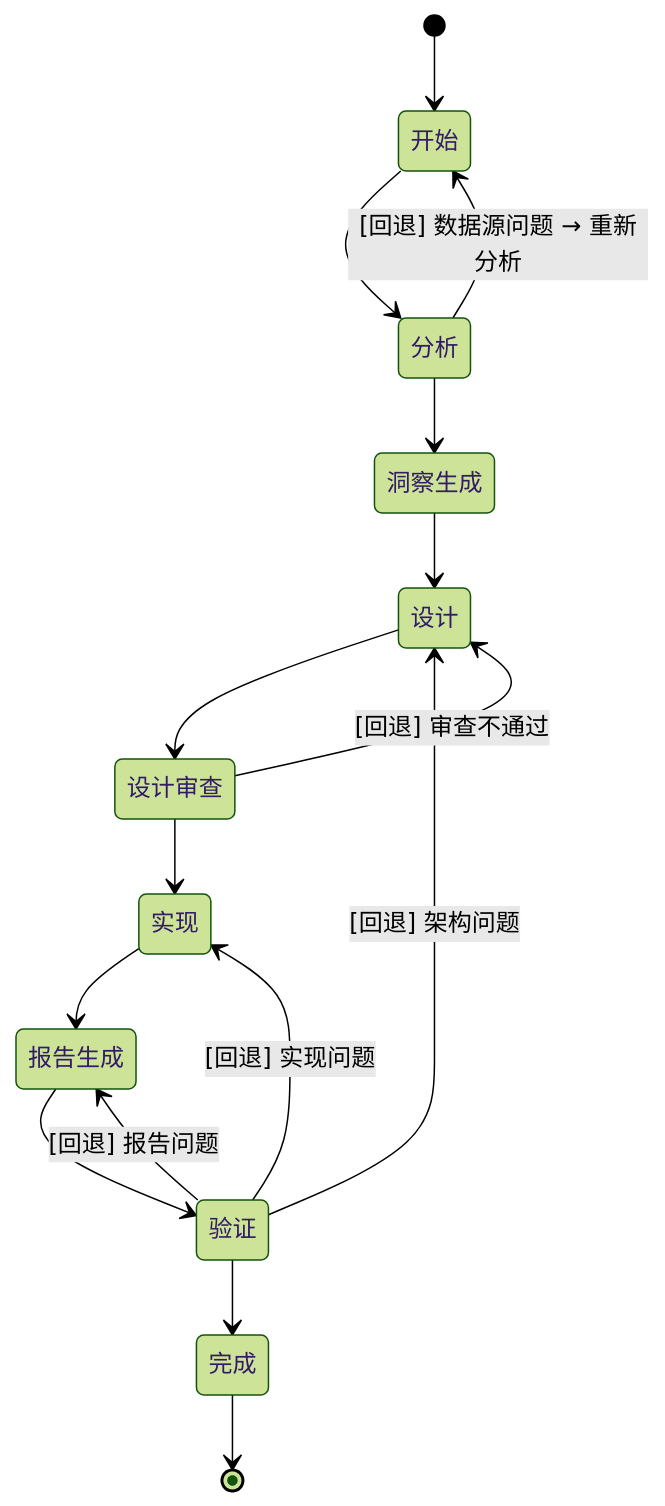
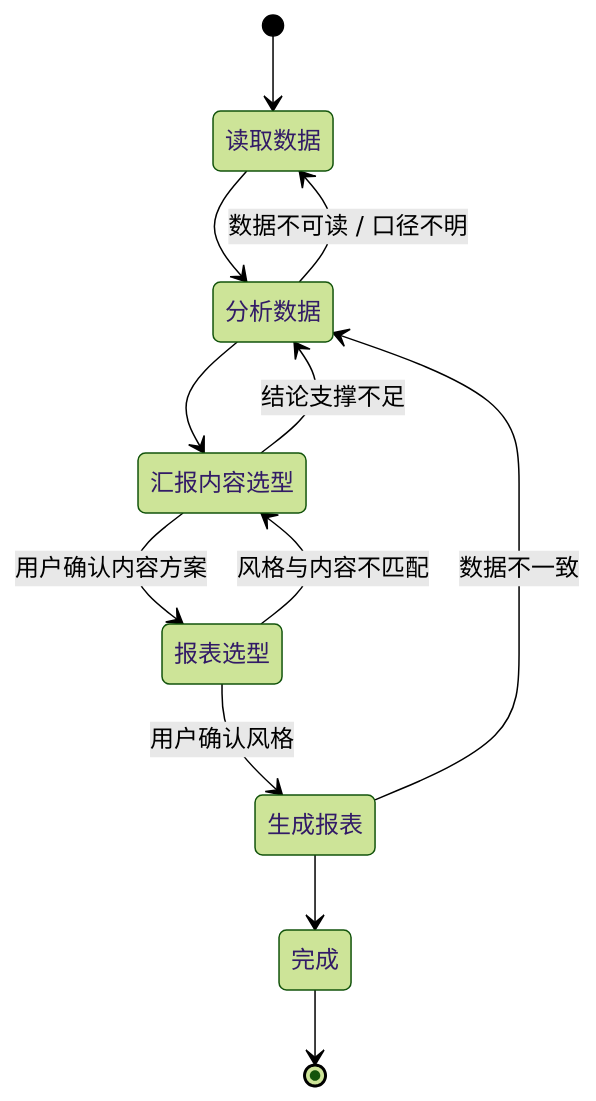
Before and after one commit to songzhou666/conspect: the diagram in SKILL.md, drawn with Mermaid (forest theme). The commit also changed other lines of this file and 123 other files, not shown here.

````diff
--- a/SKILL.md
+++ b/SKILL.md
@@ -386,19 +83,15 @@
 ```mermaid
 stateDiagram-v2
-    [*] --> 开始
-    开始 --> 分析
-    分析 --> 洞察生成
-    洞察生成 --> 设计
-    设计 --> 设计审查
-    设计审查 --> 实现
-    实现 --> 报告生成
-    报告生成 --> 验证
-    验证 --> 完成
+    [*] --> 读取数据
+    读取数据 --> 分析数据
+    分析数据 --> 汇报内容选型
+    汇报内容选型 --> 报表选型: 用户确认内容方案
+    报表选型 --> 生成报表: 用户确认风格
+    生成报表 --> 完成
     完成 --> [*]
 
-    分析 --> 开始: [回退] 数据源问题 → 重新分析
-    设计审查 --> 设计: [回退] 审查不通过
-    验证 --> 设计: [回退] 架构问题
-    验证 --> 实现: [回退] 实现问题
-    验证 --> 报告生成: [回退] 报告问题
+    分析数据 --> 读取数据: 数据不可读 / 口径不明
+    汇报内容选型 --> 分析数据: 结论支撑不足
+    报表选型 --> 汇报内容选型: 风格与内容不匹配
+    生成报表 --> 分析数据: 数据不一致
 ```
````
